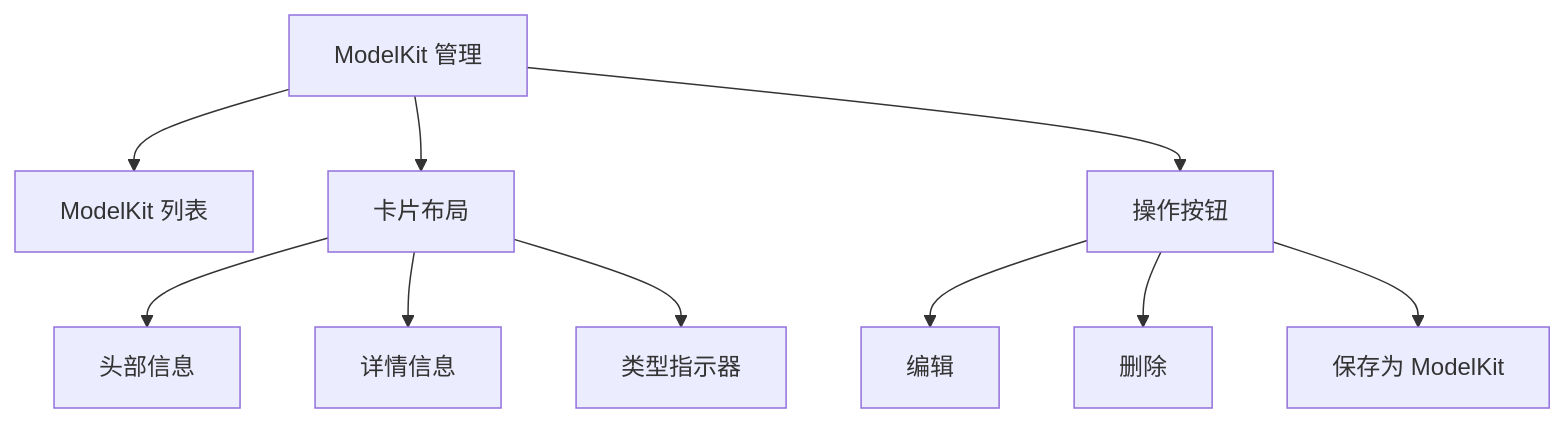
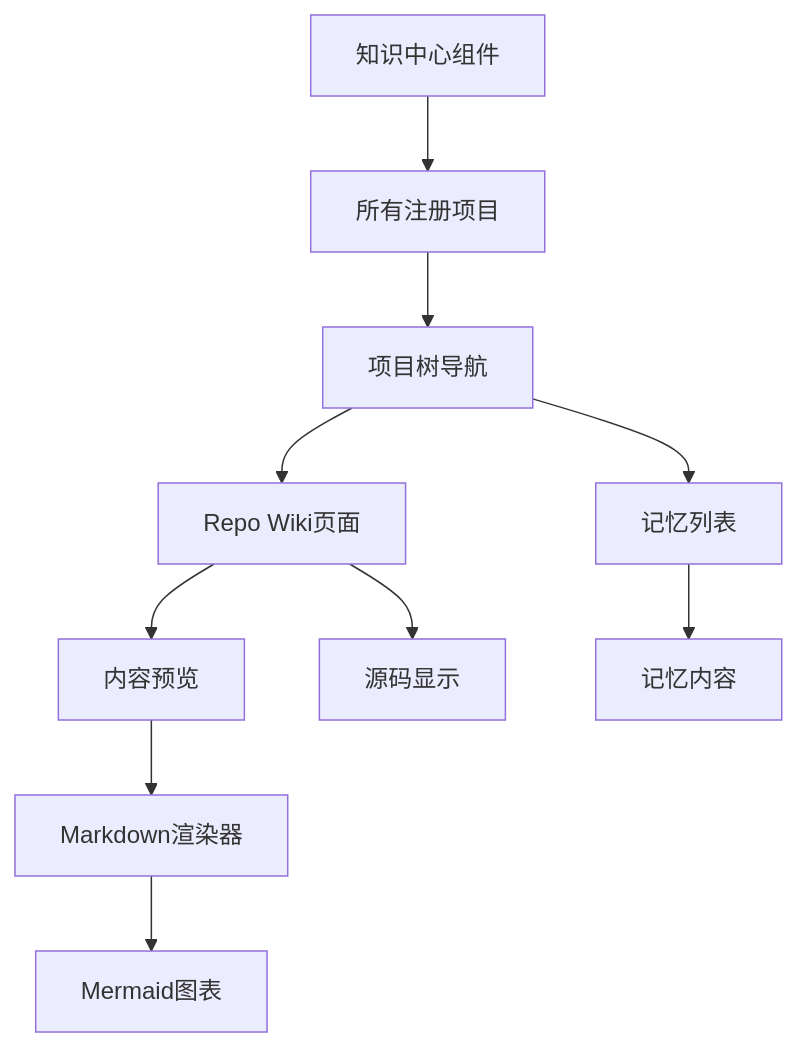
One commit to coconilu/RepoHelm changed the ninth of 14 diagrams in .qoder/repowiki/zh/content/Web 前端应用/Web 前端应用.md. Above: the diagram before and after it, drawn with Mermaid. The commit also changed other lines of this file and 9 other files, not shown here.

First line of the commit message:
docs(zh): add KnowledgeCenter, Markdown & Mermaid

````diff
--- a/.qoder/repowiki/zh/content/Web 前端应用/Web 前端应用.md
+++ b/.qoder/repowiki/zh/content/Web 前端应用/Web 前端应用.md
@@ -362,12 +477,12 @@
 ```mermaid
 flowchart TD
-ModelKit["ModelKit 管理"] --> List["ModelKit 列表"]
-ModelKit --> Card["卡片布局"]
-ModelKit --> Actions["操作按钮"]
-Card --> Header["头部信息"]
-Card --> Details["详情信息"]
-Card --> TypeBadge["类型指示器"]
-Actions --> Edit["编辑"]
-Actions --> Delete["删除"]
-Actions --> Save["保存为 ModelKit"]
+KnowledgeCenter["知识中心组件"] --> AllProjects["所有注册项目"]
+AllProjects --> ProjectTree["项目树导航"]
+ProjectTree --> WikiPages["Repo Wiki页面"]
+WikiPages --> ContentPreview["内容预览"]
+WikiPages --> ContentCode["源码显示"]
+ProjectTree --> MemoryList["记忆列表"]
+MemoryList --> MemoryContent["记忆内容"]
+ContentPreview --> MarkdownRenderer["Markdown渲染器"]
+MarkdownRenderer --> MermaidCharts["Mermaid图表"]
 ```
````
